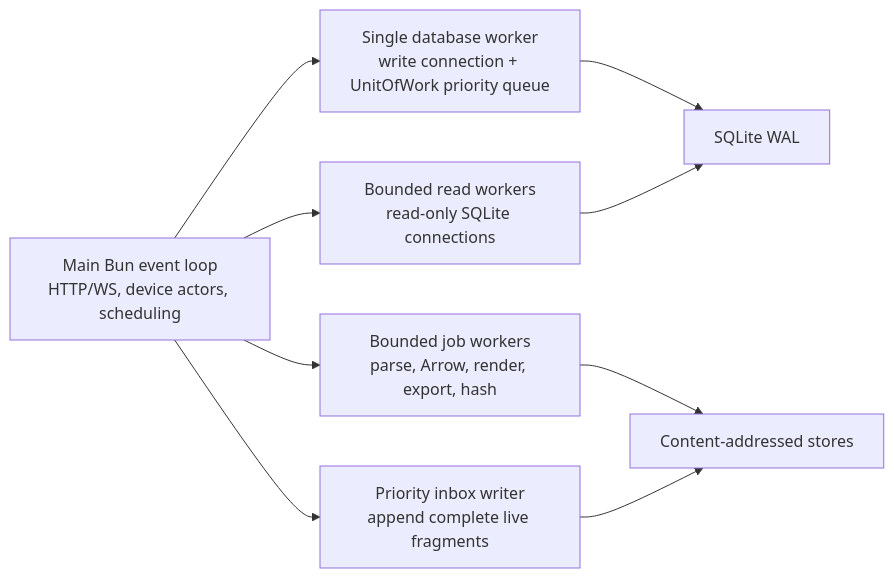
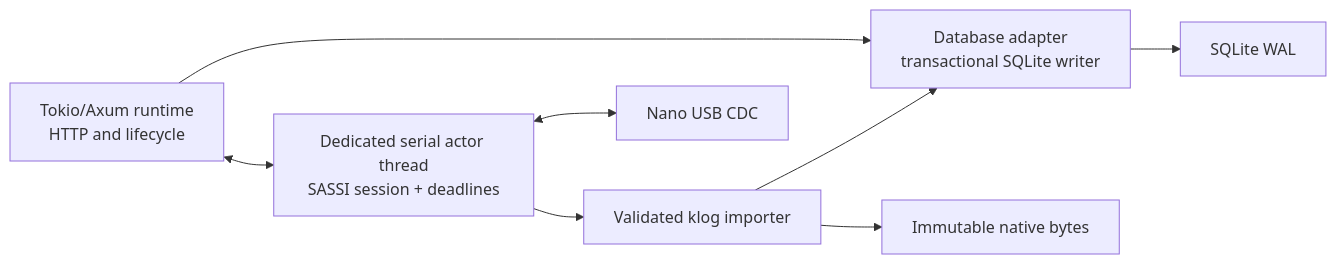
One commit to xavierroma/tan-studio changed the fourth of 10 diagrams in docs/04-technical-specification.md. Above: the diagram before and after it, drawn with Mermaid. The commit also changed other lines of this file and 34 other files, not shown here.

Commit message:
feat: complete Rust device and real-log workflows

````diff
--- a/docs/04-technical-specification.md
+++ b/docs/04-technical-specification.md
@@ -187,12 +185,11 @@
 ```mermaid
 flowchart LR
-    Main["Main Bun event loop\nHTTP/WS, device actors, scheduling"]
-    Main --> Writer["Single database worker\nwrite connection + UnitOfWork priority queue"]
-    Main --> Readers["Bounded read workers\nread-only SQLite connections"]
-    Main --> Jobs["Bounded job workers\nparse, Arrow, render, export, hash"]
-    Main --> Inbox["Priority inbox writer\nappend complete live fragments"]
-    Writer --> DB["SQLite WAL"]
-    Readers --> DB
-    Jobs --> Store["Content-addressed stores"]
-    Inbox --> Store
+    HTTP["Tokio/Axum runtime\nHTTP and lifecycle"]
+    HTTP --> DB["Database adapter\ntransactional SQLite writer"]
+    HTTP <--> Actor["Dedicated serial actor thread\nSASSI session + deadlines"]
+    Actor --> Import["Validated klog importer"]
+    Import --> DB
+    DB --> SQLite["SQLite WAL"]
+    Import --> Store["Immutable native bytes"]
+    Actor <--> Nano["Nano USB CDC"]
 ```
````
